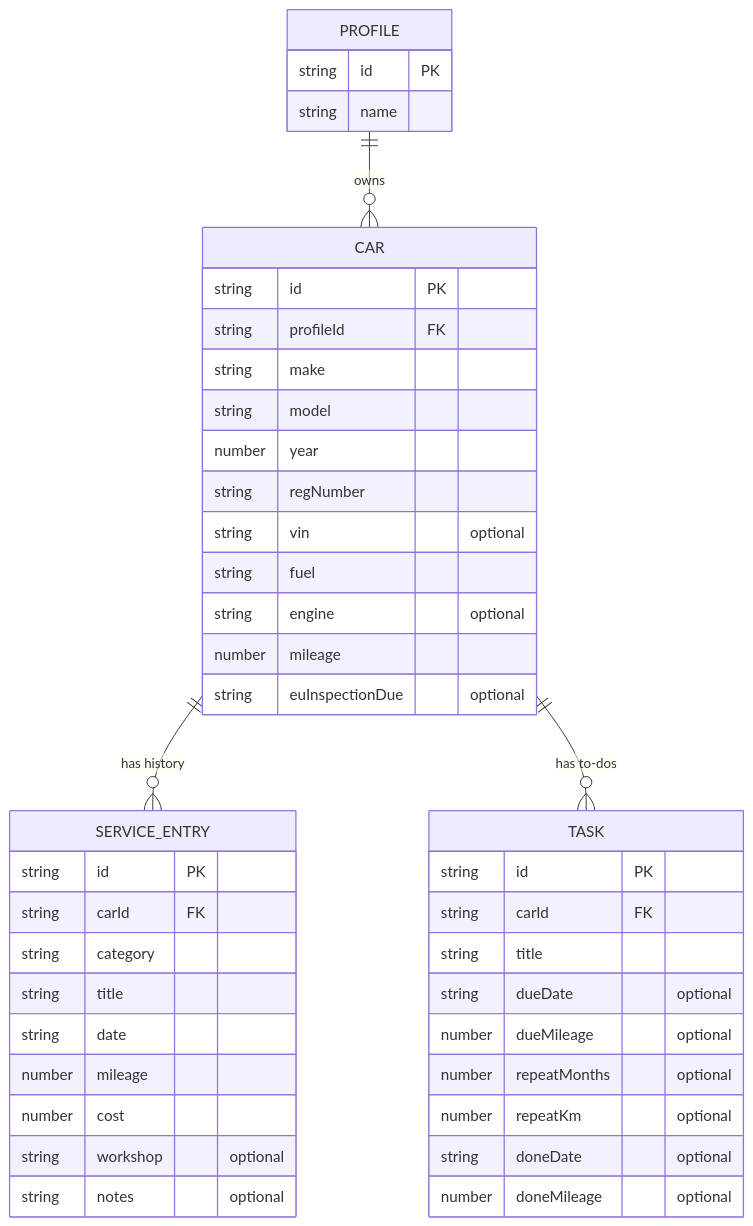
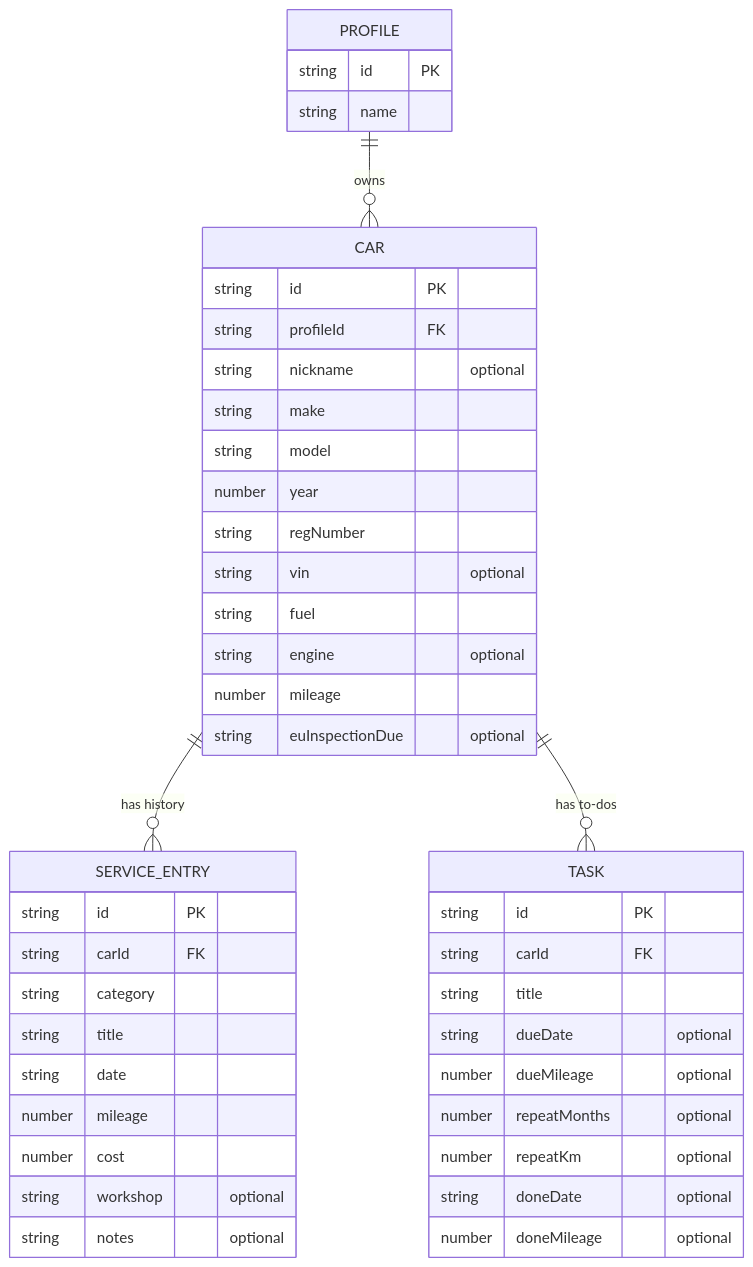
Before and after one commit to motorcatalog/motorcatalog: the diagram in docs/design/data-model.md, drawn with Mermaid. The commit also changed other lines of this file and 5 other files, not shown here.

````diff
--- a/docs/design/data-model.md
+++ b/docs/design/data-model.md
@@ -26,45 +26,46 @@
 ```mermaid
 erDiagram
   PROFILE ||--o{ CAR : owns
   CAR ||--o{ SERVICE_ENTRY : "has history"
   CAR ||--o{ TASK : "has to-dos"
   PROFILE {
     string id PK
     string name
   }
   CAR {
     string id PK
     string profileId FK
+    string nickname "optional"
     string make
     string model
     number year
     string regNumber
     string vin "optional"
     string fuel
     string engine "optional"
     number mileage
     string euInspectionDue "optional"
   }
   SERVICE_ENTRY {
     string id PK
     string carId FK
     string category
     string title
     string date
     number mileage
     number cost
     string workshop "optional"
     string notes "optional"
   }
   TASK {
     string id PK
     string carId FK
     string title
     string dueDate "optional"
     number dueMileage "optional"
     number repeatMonths "optional"
     number repeatKm "optional"
     string doneDate "optional"
     number doneMileage "optional"
   }
 ```
````
